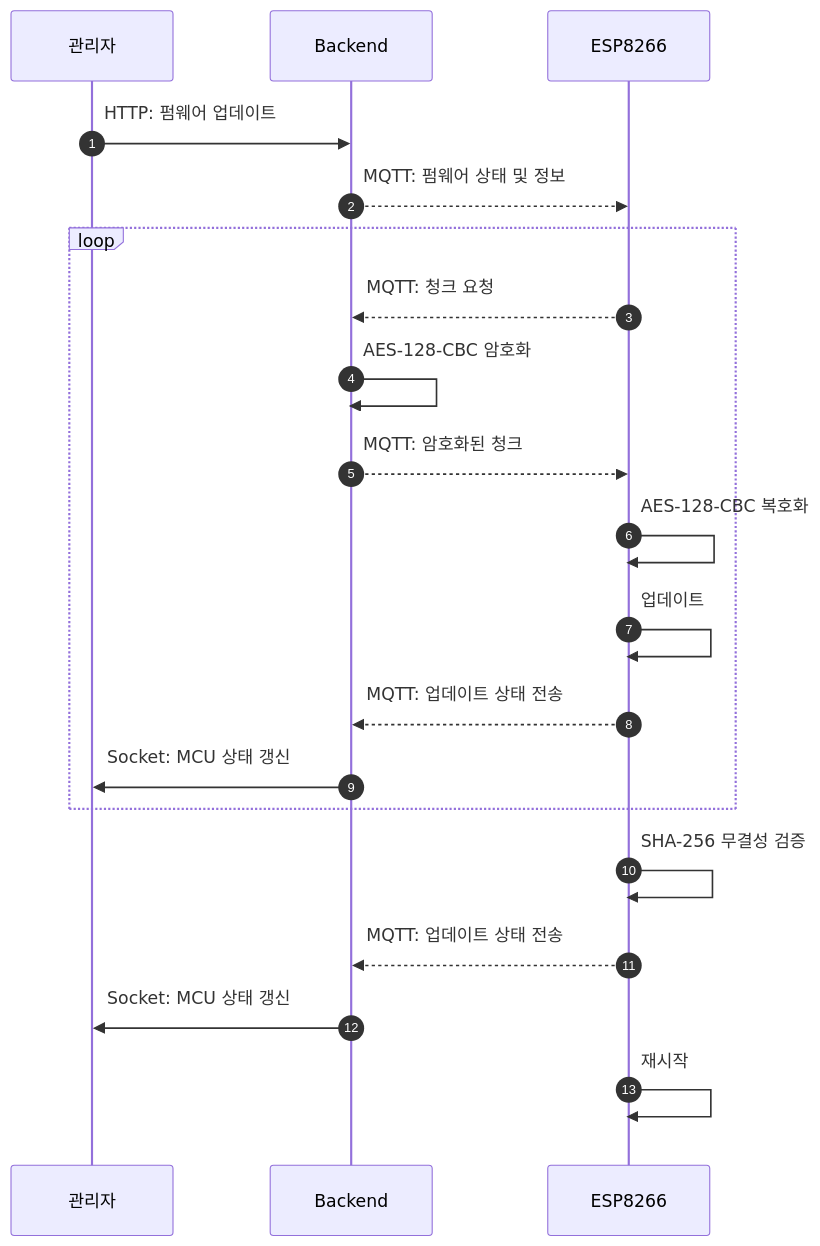
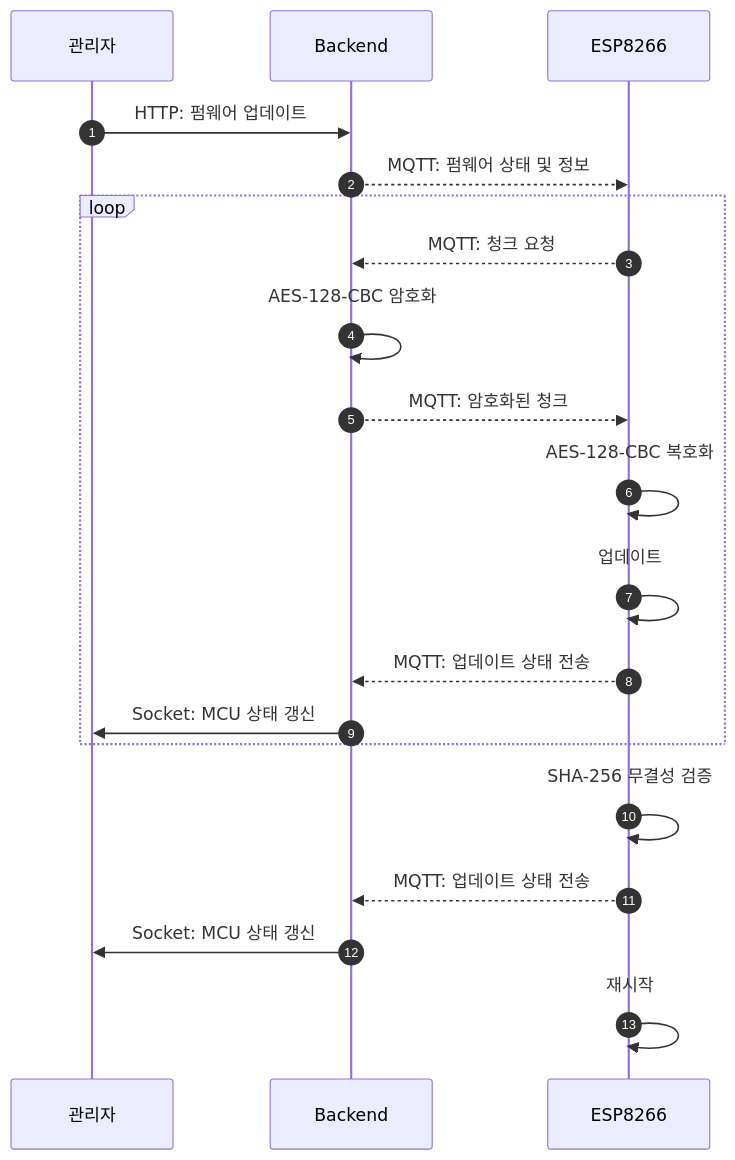
The diagram in README.md (limdongsun0814/OTA), drawn with Mermaid before and after one commit.

Commit message:
OTA 흐흐름도 수정

````diff
--- a/README.md
+++ b/README.md
@@ -32,25 +32,25 @@
 ```mermaid
-%%{init: { "theme": "default", "sequence": { "boxMargin": 20, "rightAngles": true, "messageMargin": 50, "messageAlign": "left" } }}%%
+
 
 sequenceDiagram
     autonumber
     participant Admin as 관리자
     participant Backend as Backend
     participant MCU as ESP8266
 
     Admin->>Backend: HTTP: 펌웨어 업데이트
     Backend-->>MCU: MQTT: 펌웨어 상태 및 정보
     loop 
         MCU-->>Backend: MQTT: 청크 요청
         Backend->>Backend: AES-128-CBC 암호화<br>
         Backend-->>MCU: MQTT: 암호화된 청크
         MCU->>MCU: AES-128-CBC 복호화<br>
         MCU->>MCU: 업데이트<br>
         MCU-->>Backend: MQTT: 업데이트 상태 전송
         Backend->>Admin: Socket: MCU 상태 갱신
     end
     MCU->>MCU: SHA-256 무결성 검증<br>
     MCU-->>Backend: MQTT: 업데이트 상태 전송
     Backend->>Admin: Socket: MCU 상태 갱신
     MCU->>MCU: 재시작<br>
 ```
````
